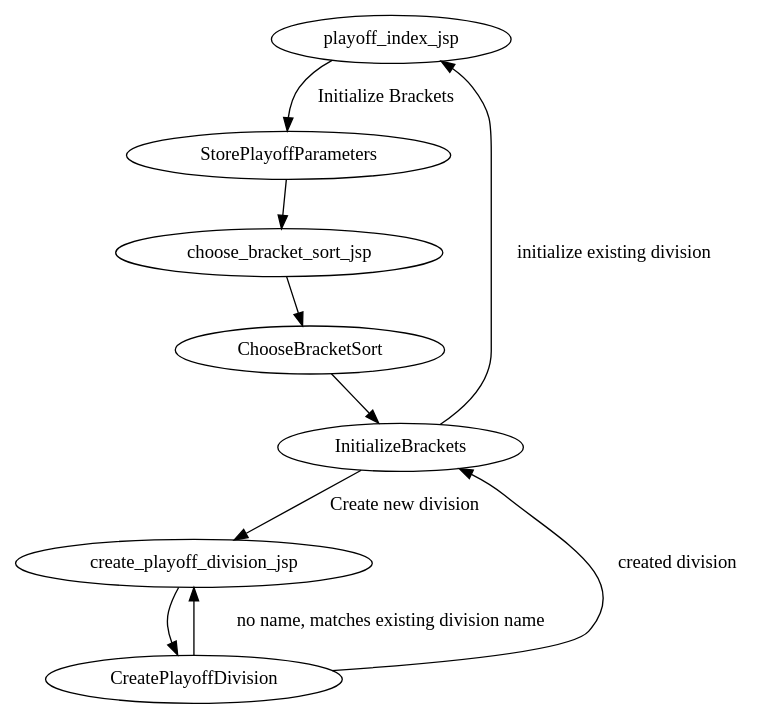
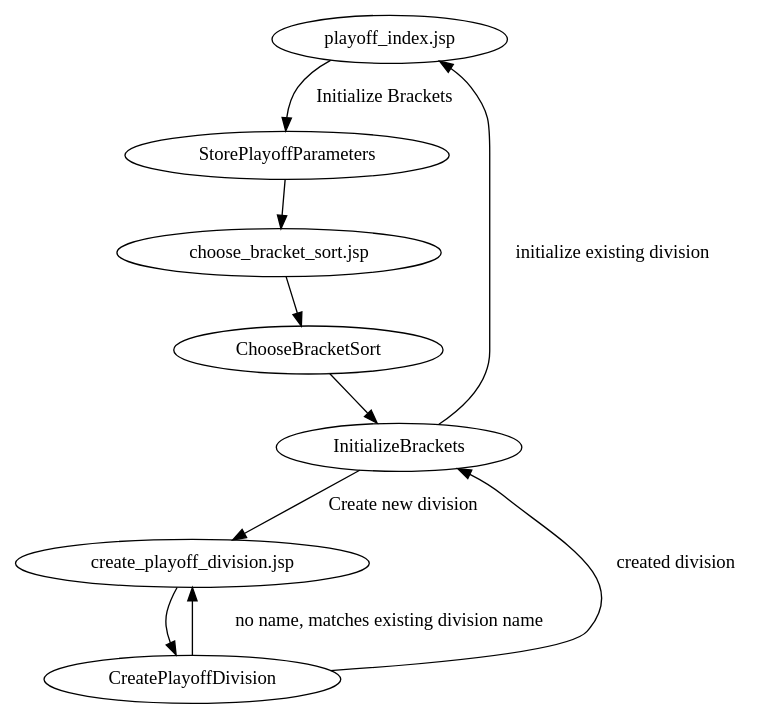
The diagram in scoring/docs/workflows/initialize-playoff-bracket.dot (jpschewe/fll-sw), drawn with Graphviz before and after one commit. The commit also changed 8 other files, not shown here.

```diff
--- a/scoring/docs/workflows/initialize-playoff-bracket.dot
+++ b/scoring/docs/workflows/initialize-playoff-bracket.dot
@@ -1,21 +1,21 @@
 digraph initialize_playoff_bracket {
 
-playoff_index_jsp -> StorePlayoffParameters [label="Initialize Brackets"];
+"playoff_index.jsp" -> StorePlayoffParameters [label="Initialize Brackets"];
 
-StorePlayoffParameters -> choose_bracket_sort_jsp;
+StorePlayoffParameters -> "choose_bracket_sort.jsp";
 
-choose_bracket_sort_jsp -> ChooseBracketSort;
+"choose_bracket_sort.jsp" -> ChooseBracketSort;
 
 ChooseBracketSort -> InitializeBrackets;
 
-InitializeBrackets -> playoff_index_jsp [label="initialize existing division"];
+InitializeBrackets -> "playoff_index.jsp" [label="initialize existing division"];
 
-InitializeBrackets -> create_playoff_division_jsp [label="Create new division"];
+InitializeBrackets -> "create_playoff_division.jsp" [label="Create new division"];
 
-create_playoff_division_jsp -> CreatePlayoffDivision;
+"create_playoff_division.jsp" -> CreatePlayoffDivision;
 
-CreatePlayoffDivision -> create_playoff_division_jsp [label="no name, matches existing division name"];
+CreatePlayoffDivision -> "create_playoff_division.jsp" [label="no name, matches existing division name"];
 
 CreatePlayoffDivision -> InitializeBrackets [label="created division"];
 
 }
```
